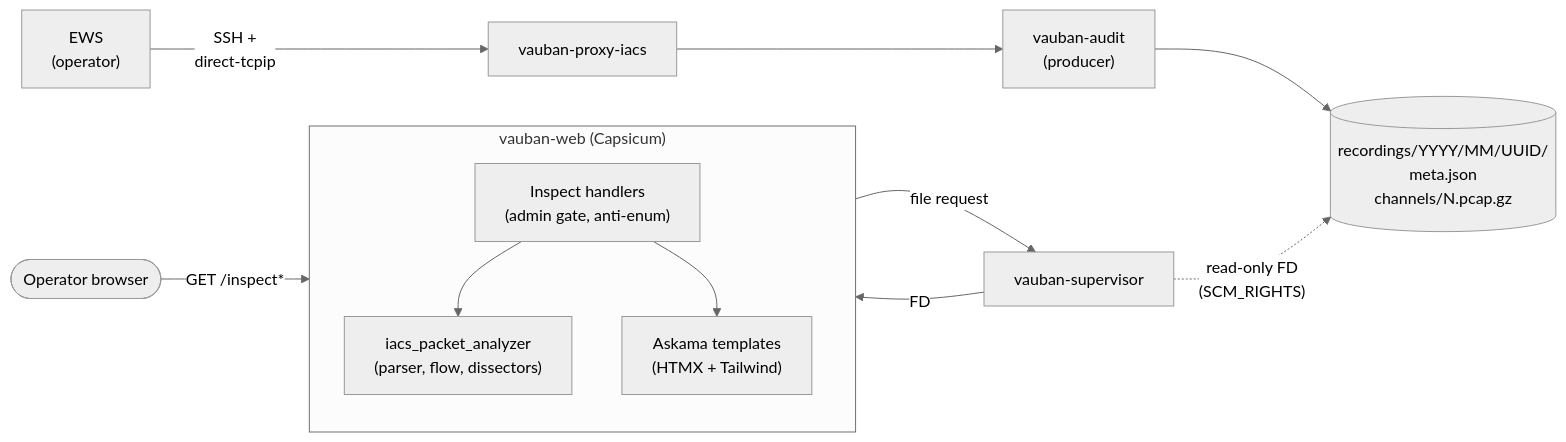
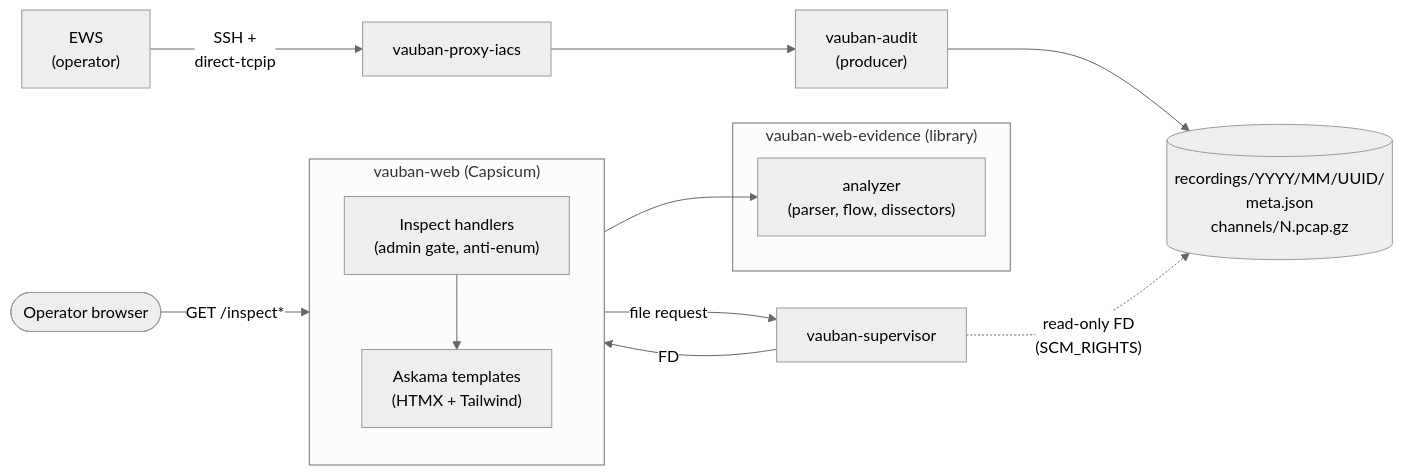
One commit to rbenaley/Vauban changed the first of 3 diagrams in docs/technical/Vauban_IACS_Inspect_Capture_EN(1.1).md. Above: the diagram before and after it, drawn with Mermaid (neutral theme). The commit also changed other lines of this file and 91 other files, not shown here.

````diff
--- a/docs/technical/Vauban_IACS_Inspect_Capture_EN(1.1).md
+++ b/docs/technical/Vauban_IACS_Inspect_Capture_EN(1.1).md
@@ -84,20 +84,23 @@
 ```mermaid
 flowchart LR
     EWS["EWS<br/>(operator)"] -->|"SSH +<br/>direct-tcpip"| Proxy["vauban-proxy-iacs"]
     Proxy --> Audit["vauban-audit<br/>(producer)"]
     Audit --> FS[("recordings/YYYY/MM/UUID/<br/>meta.json<br/>channels/N.pcap.gz")]
 
     subgraph Web ["vauban-web (Capsicum)"]
         direction TB
         Handlers["Inspect handlers<br/>(admin gate, anti-enum)"]
-        Service["iacs_packet_analyzer<br/>(parser, flow, dissectors)"]
         Tpl["Askama templates<br/>(HTMX + Tailwind)"]
-        Handlers --> Service
         Handlers --> Tpl
     end
 
+    subgraph Evidence ["vauban-web-evidence (library)"]
+        Service["analyzer<br/>(parser, flow, dissectors)"]
+    end
+
     Browser(["Operator browser"]) -->|"GET /inspect*"| Handlers
+    Handlers --> Service
     Handlers -->|"file request"| Sup["vauban-supervisor"]
     Sup -.->|"read-only FD<br/>(SCM_RIGHTS)"| FS
-    Sup -->|"FD"| Service
+    Sup -->|"FD"| Handlers
 ```
````
